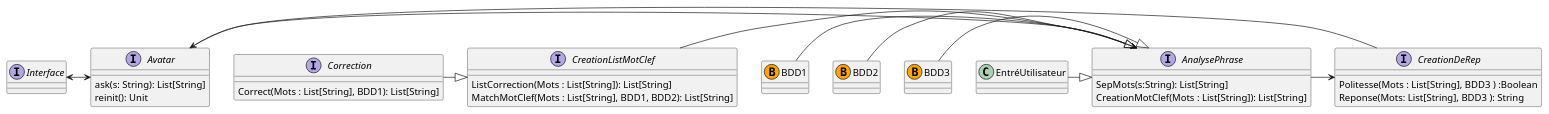
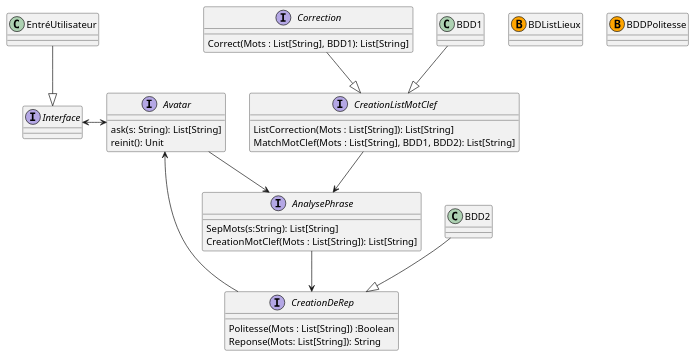
Before and after one commit to spc-ezual/AvatarProjet: the diagram in doc/Diagramme.plantuml, drawn with PlantUML.

Commit message:
modif diagramme

```diff
--- a/doc/Diagramme.plantuml
+++ b/doc/Diagramme.plantuml
@@ -2,44 +2,45 @@
 @startuml Avatar
 interface Avatar{
     ask(s: String): List[String]
     reinit(): Unit
 }
+
 interface CreationListMotClef{
     ListCorrection(Mots : List[String]): List[String]
     MatchMotClef(Mots : List[String], BDD1, BDD2): List[String]
 }
+
 interface AnalysePhrase{
     SepMots(s:String): List[String]
     CreationMotClef(Mots : List[String]): List[String]
 }
 interface CreationDeRep{
-    Politesse(Mots : List[String], BDD3 ) :Boolean
-    Reponse(Mots: List[String], BDD3 ): String
+    Politesse(Mots : List[String]) :Boolean
+    Reponse(Mots: List[String]): String
 }
 interface Correction{
     Correct(Mots : List[String], BDD1): List[String]
 }
+
 interface Interface{
     
 }
 
 Interface <-> Avatar
-Avatar -> AnalysePhrase
-AnalysePhrase -> CreationDeRep
-CreationDeRep -> Avatar
-Correction -|> CreationListMotClef
+Avatar --> AnalysePhrase
+AnalysePhrase --> CreationDeRep
+CreationDeRep --> Avatar
+Correction --|> CreationListMotClef
 
 
 
 
-class BDD1 <<(B,Orange)>>
-class BDD2 <<(B,Orange)>>
-class BDD3 <<(B,Orange)>>
-CreationListMotClef -> AnalysePhrase
-BDD1 -|> AnalysePhrase
-BDD2 -|> AnalysePhrase
-BDD3 -|> AnalysePhrase
+class BDListLieux <<(B,Orange)>>
+class BDDPolitesse <<(B,Orange)>>
+CreationListMotClef --> AnalysePhrase
+BDD1 --|> CreationListMotClef
+BDD2 --|> CreationDeRep
 
-EntréUtilisateur -|> AnalysePhrase
+EntréUtilisateur --|> Interface
 
 @enduml
```
